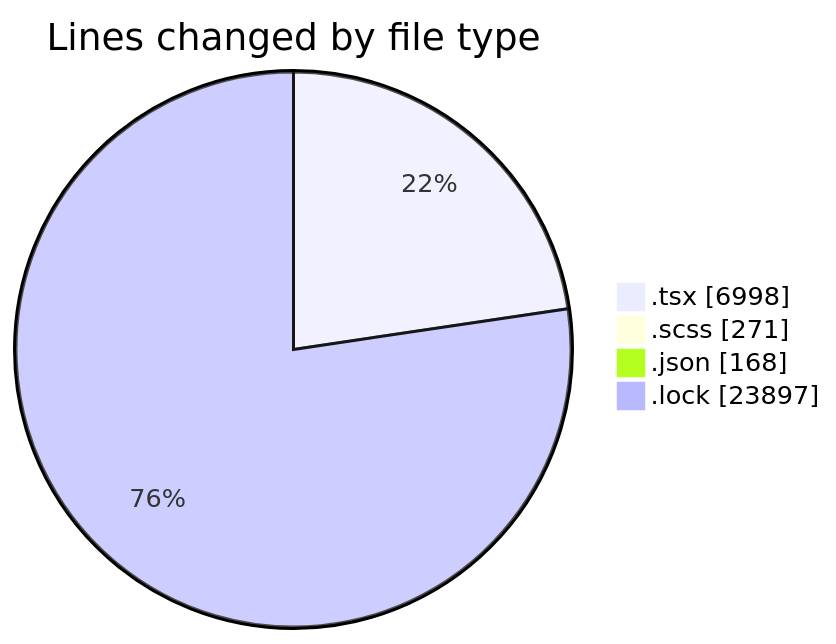
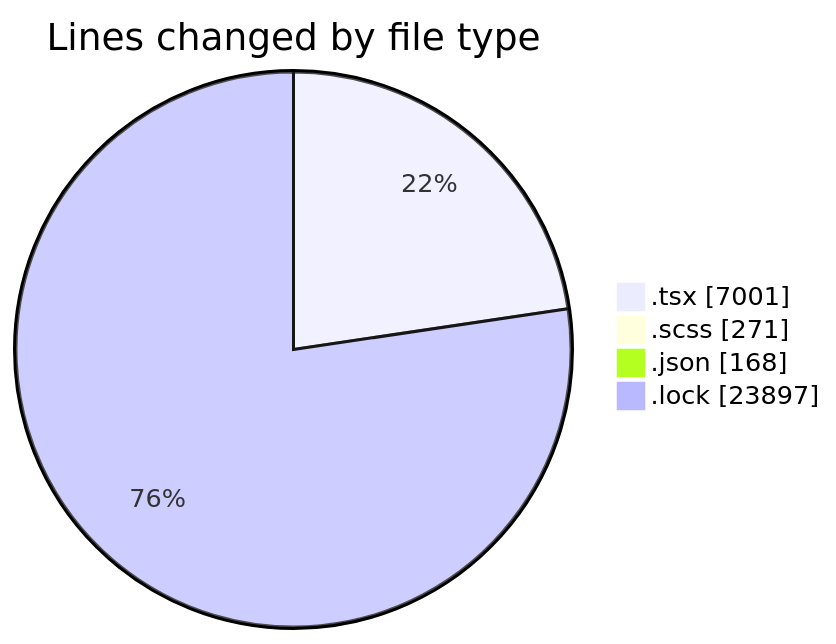
Before and after one commit to momahboobian/code-tracking: the first of 2 diagrams in 2025-11-18/cda/README.md, drawn with Mermaid. The commit also changed other lines of this file and 1 other file, not shown here.

````diff
--- a/2025-11-18/cda/README.md
+++ b/2025-11-18/cda/README.md
@@ -34,8 +34,8 @@
 ```mermaid
 pie showData
 title Lines changed by file type
-".tsx" : 6998
+".tsx" : 7001
 ".scss" : 271
 ".json" : 168
 ".lock" : 23897
 ```
````
